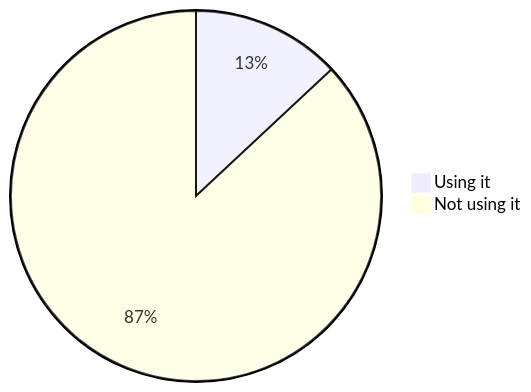
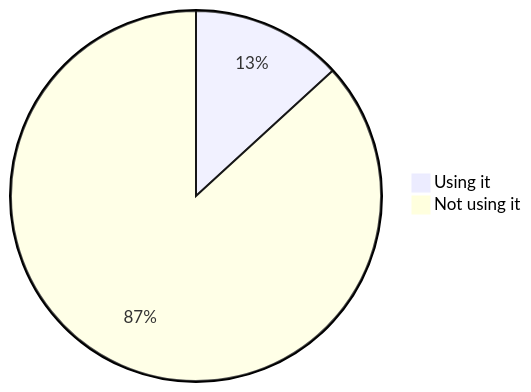
One commit to oshp/oshp-stats changed diagram 13 of 22 in stats.md. Above: the diagram before and after it, drawn with Mermaid. The commit also changed other lines of this file, not shown here.

````diff
--- a/stats.md
+++ b/stats.md
@@ -154,6 +154,6 @@
 ```mermaid
 pie
-	"Using it" : 13.04
-	"Not using it" : 86.96
+	"Using it" : 13.19
+	"Not using it" : 86.81
 
 ```
````
